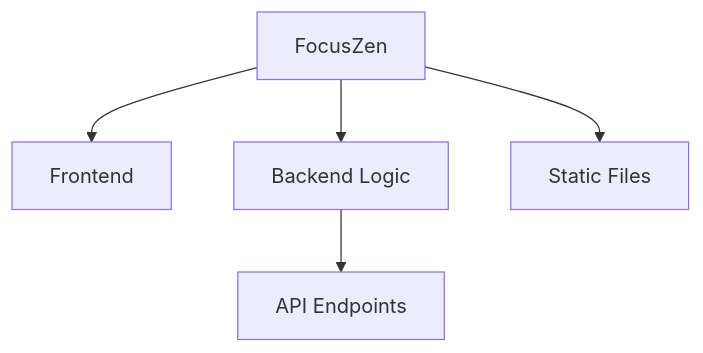
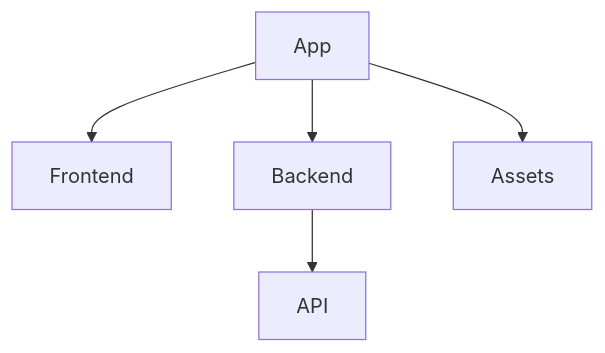
The first of 2 diagrams in README.md (yogithasivakumar/FocusZen), drawn with Mermaid before and after one commit. The commit also changed other lines of this file, not shown here.

````diff
--- a/README.md
+++ b/README.md
@@ -8,7 +6,7 @@
 ```mermaid
 flowchart TD
-    App[FocusZen] --> UI[Frontend]
-    App --> Backend[Backend Logic]
-    Backend --> API[API Endpoints]
-    App --> Assets[Static Files]
+    App --> Frontend
+    App --> Backend
+    Backend --> API
+    App --> Assets
 ```
````
